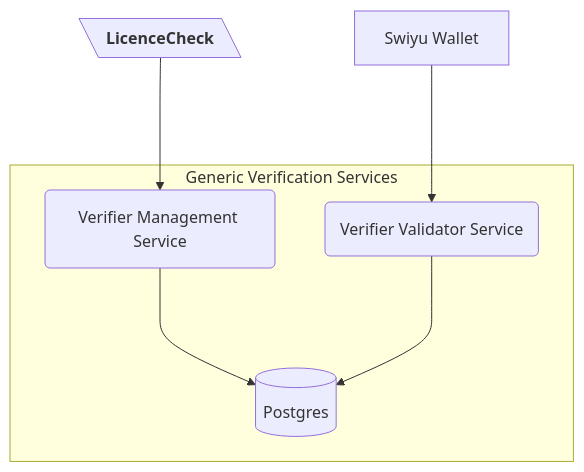
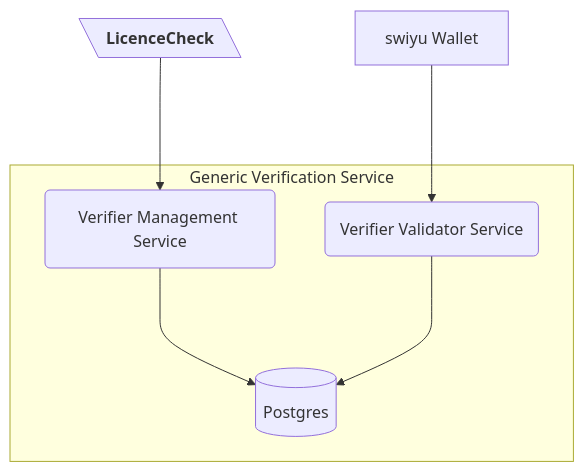
The diagram in README.md (swiyu-admin-ch/eidch-elfa-licencecheck), drawn with Mermaid before and after one commit.

````diff
--- a/README.md
+++ b/README.md
@@ -31,15 +31,15 @@
 ```mermaid
 flowchart TD
     lc[\"`**LicenceCheck**`"\]
     isam(Verifier Management Service)
     isdb[(Postgres)]
     isoi(Verifier Validator Service)
-    wallet[Swiyu Wallet]
+    wallet[swiyu Wallet]
     
-    subgraph Generic Verification Services
+    subgraph Generic Verification Service
         isam ---> isdb
         isoi ---> isdb
     end
     lc ---> isam
     wallet ---> isoi
 ```
````
